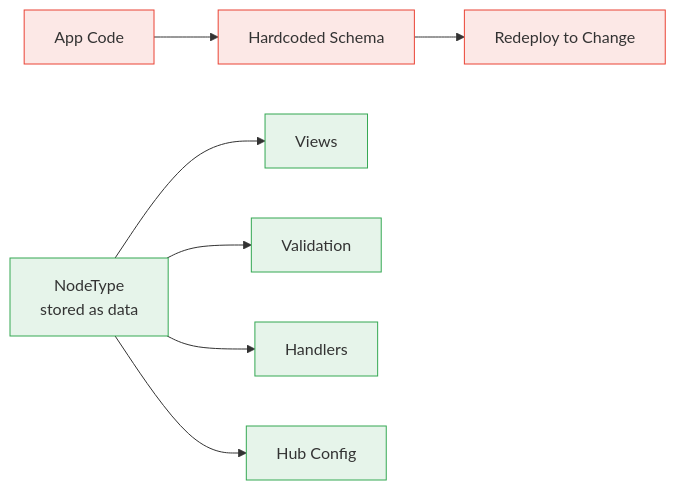
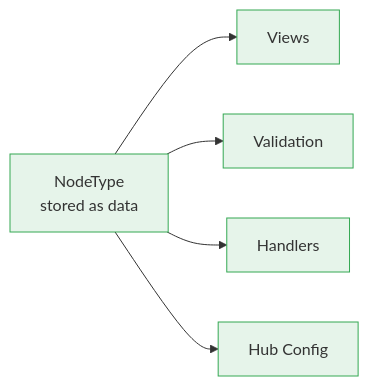
Before and after one commit to Systemorph/MeshWeaver: diagram 11 of 12 in samples/Graph/Data/FutuRe/WhyDataMesh.md, drawn with Mermaid. The commit also changed other lines of this file and 31 other files, not shown here.

````diff
--- a/samples/Graph/Data/FutuRe/WhyDataMesh.md
+++ b/samples/Graph/Data/FutuRe/WhyDataMesh.md
@@ -122,14 +192,10 @@
 ```mermaid
 graph LR
-    CODE[App Code] --> SCHEMA[Hardcoded Schema] --> DEPLOY[Redeploy to Change]
-
     NT[NodeType<br/>stored as data] --> VIEWS[Views]
     NT --> VALID[Validation]
     NT --> HANDLERS[Handlers]
     NT --> HUB[Hub Config]
 
-    classDef trad fill:#fce8e6,stroke:#ea4335,color:#333
     classDef mesh fill:#e6f4ea,stroke:#34a853,color:#333
-    class CODE,SCHEMA,DEPLOY trad
     class NT,VIEWS,VALID,HANDLERS,HUB mesh
 ```
````
